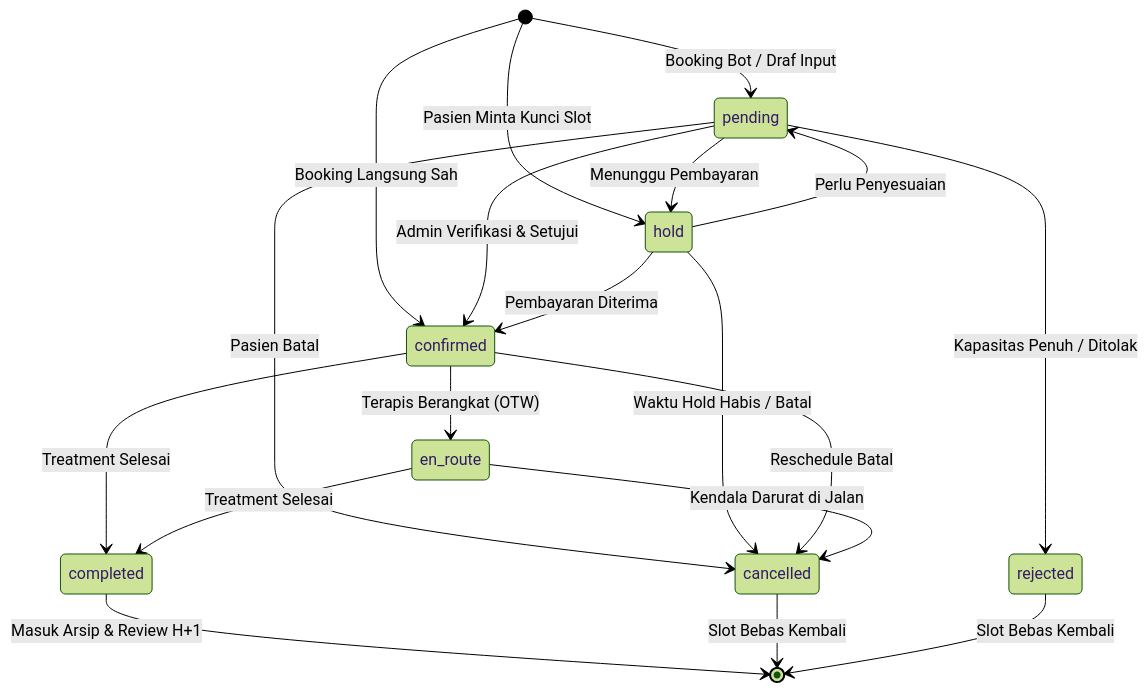
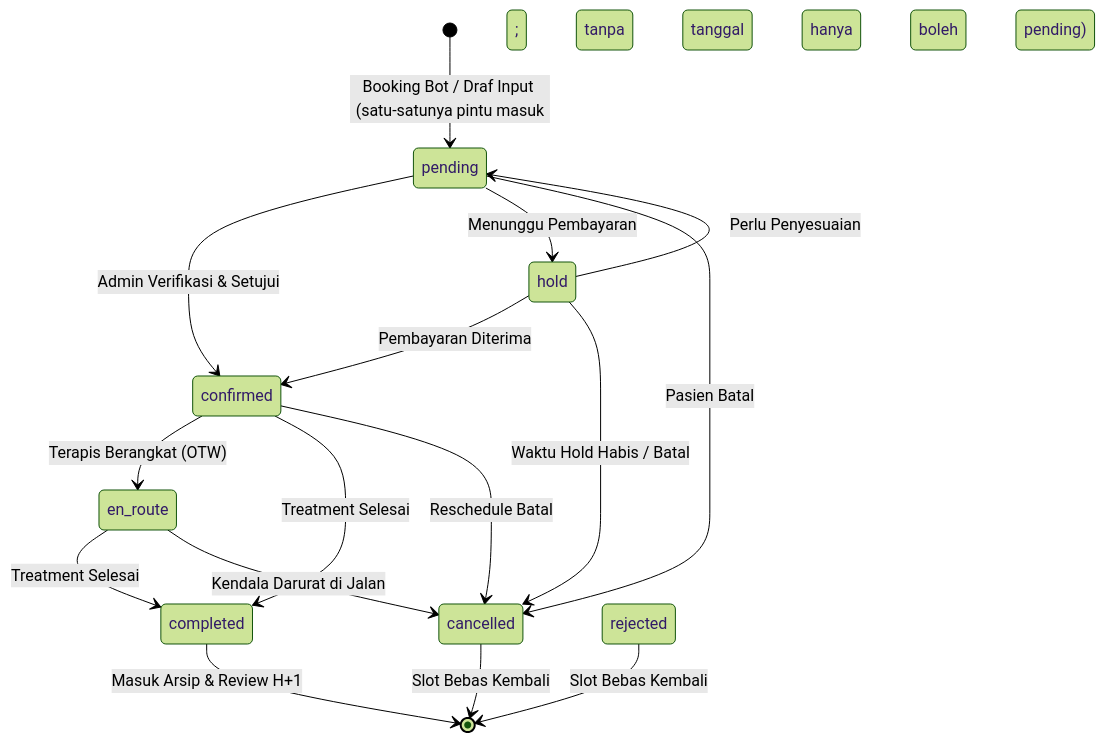
The diagram in docs/MANUAL_BOOK_ADMIN_RESERVASI.md (IvnCoGrav/wa-clinic-bot), drawn with Mermaid (forest theme) before and after one commit. The commit also changed other lines of this file and 5 other files, not shown here.

````diff
--- a/docs/MANUAL_BOOK_ADMIN_RESERVASI.md
+++ b/docs/MANUAL_BOOK_ADMIN_RESERVASI.md
@@ -84,26 +82,23 @@
 ```mermaid
 stateDiagram-v2
-    [*] --> pending: Booking Bot / Draf Input
-    [*] --> hold: Pasien Minta Kunci Slot
-    [*] --> confirmed: Booking Langsung Sah
+    [*] --> pending: Booking Bot / Draf Input (satu-satunya pintu masuk; tanpa tanggal hanya boleh pending)
     
     pending --> confirmed: Admin Verifikasi & Setujui
     pending --> hold: Menunggu Pembayaran
     pending --> cancelled: Pasien Batal
-    pending --> rejected: Kapasitas Penuh / Ditolak
 
     hold --> confirmed: Pembayaran Diterima
     hold --> pending: Perlu Penyesuaian
     hold --> cancelled: Waktu Hold Habis / Batal
 
     confirmed --> en_route: Terapis Berangkat (OTW)
     confirmed --> completed: Treatment Selesai
     confirmed --> cancelled: Reschedule Batal
 
     en_route --> completed: Treatment Selesai
     en_route --> cancelled: Kendala Darurat di Jalan
 
     completed --> [*]: Masuk Arsip & Review H+1
     cancelled --> [*]: Slot Bebas Kembali
     rejected --> [*]: Slot Bebas Kembali
 ```
````
